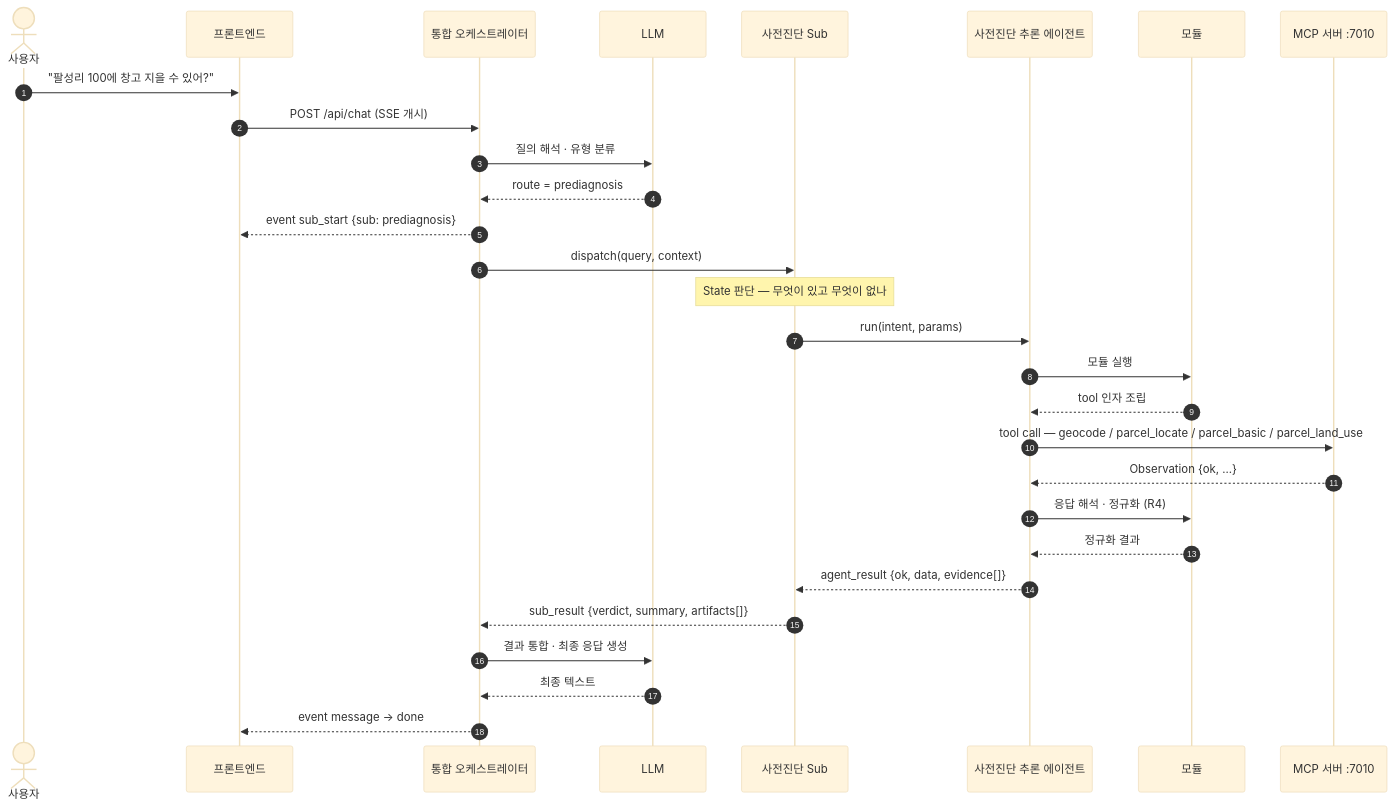
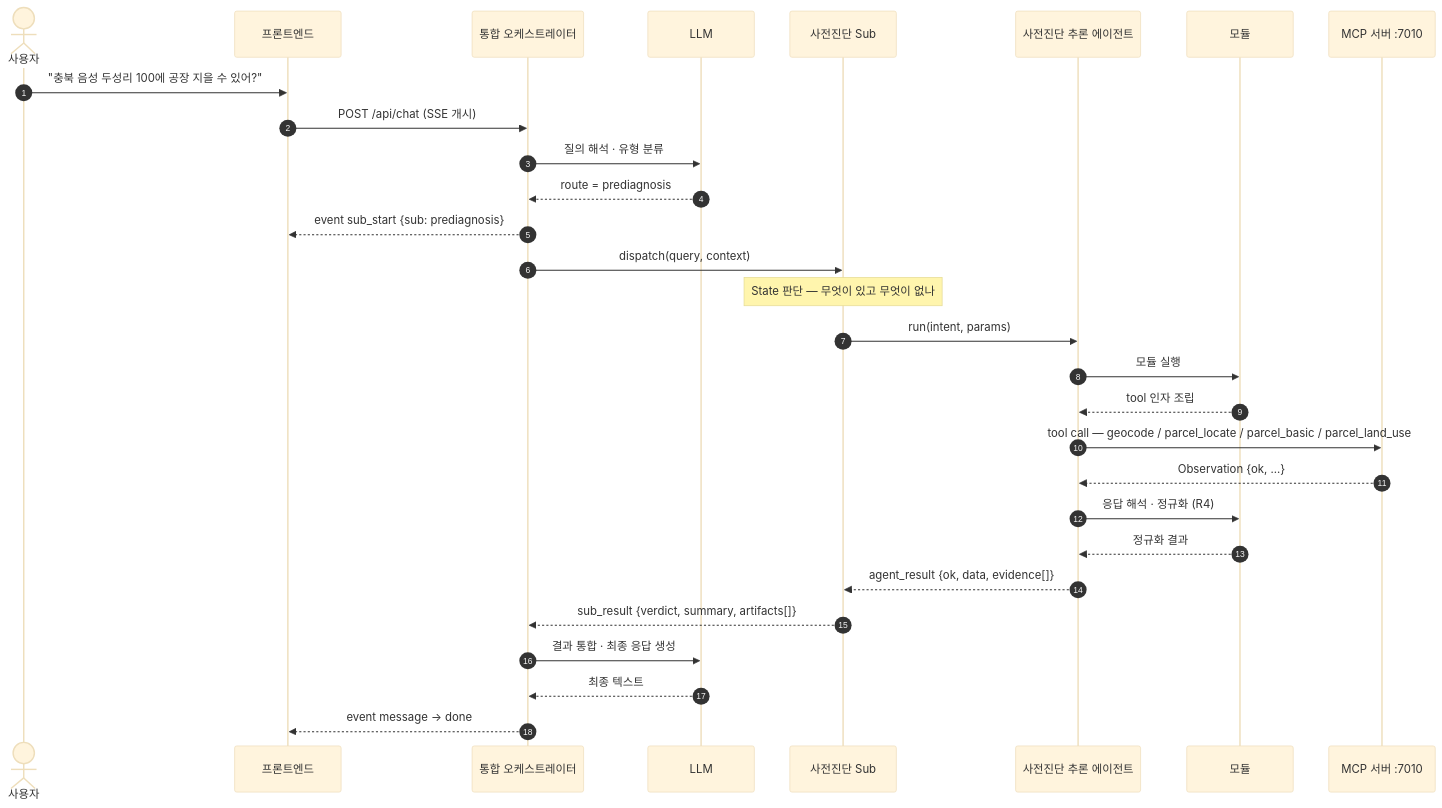
The fourth of 15 diagrams in docs/MCP-AGENT-SEQUENCE.md (madlrengg100/permit-copilot), drawn with Mermaid (base theme) before and after one commit. The commit also changed other lines of this file, not shown here.

````diff
--- a/docs/MCP-AGENT-SEQUENCE.md
+++ b/docs/MCP-AGENT-SEQUENCE.md
@@ -279,38 +311,38 @@
 ```mermaid
 sequenceDiagram
     autonumber
     actor U as 사용자
     participant FE as 프론트엔드
     participant MO as 통합 오케스트레이터
     participant L as LLM
     participant SO as 사전진단 Sub
     participant AG as 사전진단 추론 에이전트
     participant MD as 모듈
     participant MCP as MCP 서버 :7010
 
-    U->>FE: "팔성리 100에 창고 지을 수 있어?"
+    U->>FE: "충북 음성 두성리 100에 공장 지을 수 있어?"
     FE->>MO: POST /api/chat (SSE 개시)
 
     MO->>L: 질의 해석 · 유형 분류
     L-->>MO: route = prediagnosis
     MO-->>FE: event sub_start {sub: prediagnosis}
 
     MO->>SO: dispatch(query, context)
     Note over SO: State 판단 — 무엇이 있고 무엇이 없나
 
     SO->>AG: run(intent, params)
 
     AG->>MD: 모듈 실행
     MD-->>AG: tool 인자 조립
     AG->>MCP: tool call — geocode / parcel_locate / parcel_basic / parcel_land_use
     MCP-->>AG: Observation {ok, ...}
     AG->>MD: 응답 해석 · 정규화 (R4)
     MD-->>AG: 정규화 결과
 
     AG-->>SO: agent_result {ok, data, evidence[]}
     SO-->>MO: sub_result {verdict, summary, artifacts[]}
 
     MO->>L: 결과 통합 · 최종 응답 생성
     L-->>MO: 최종 텍스트
     MO-->>FE: event message → done
 ```
````
